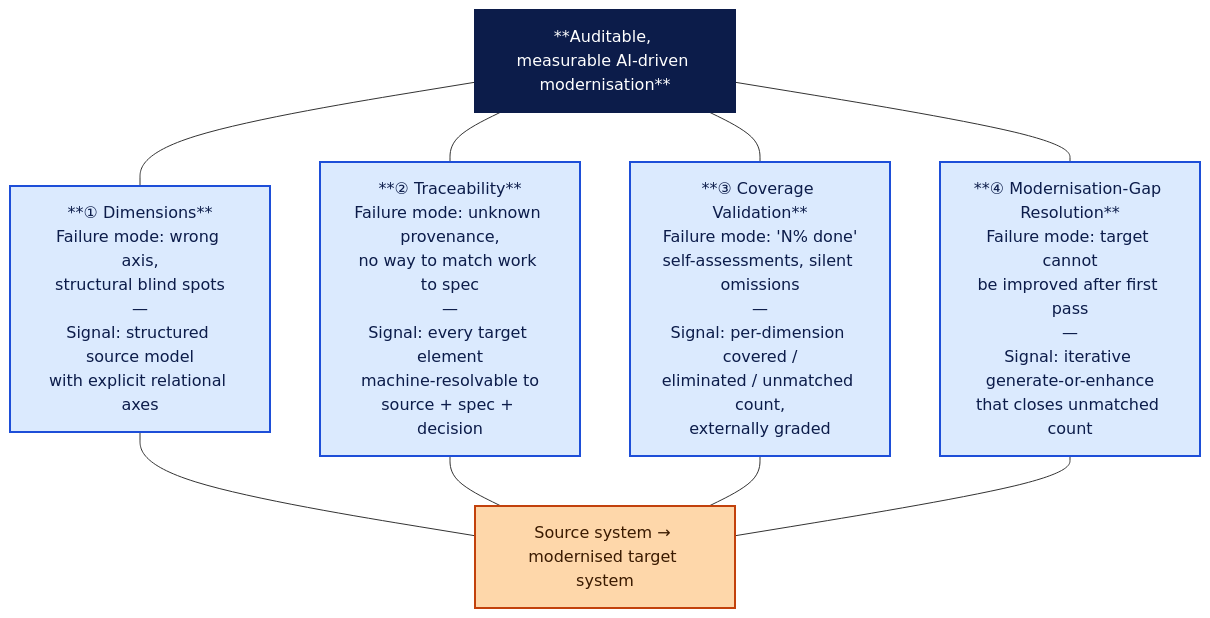
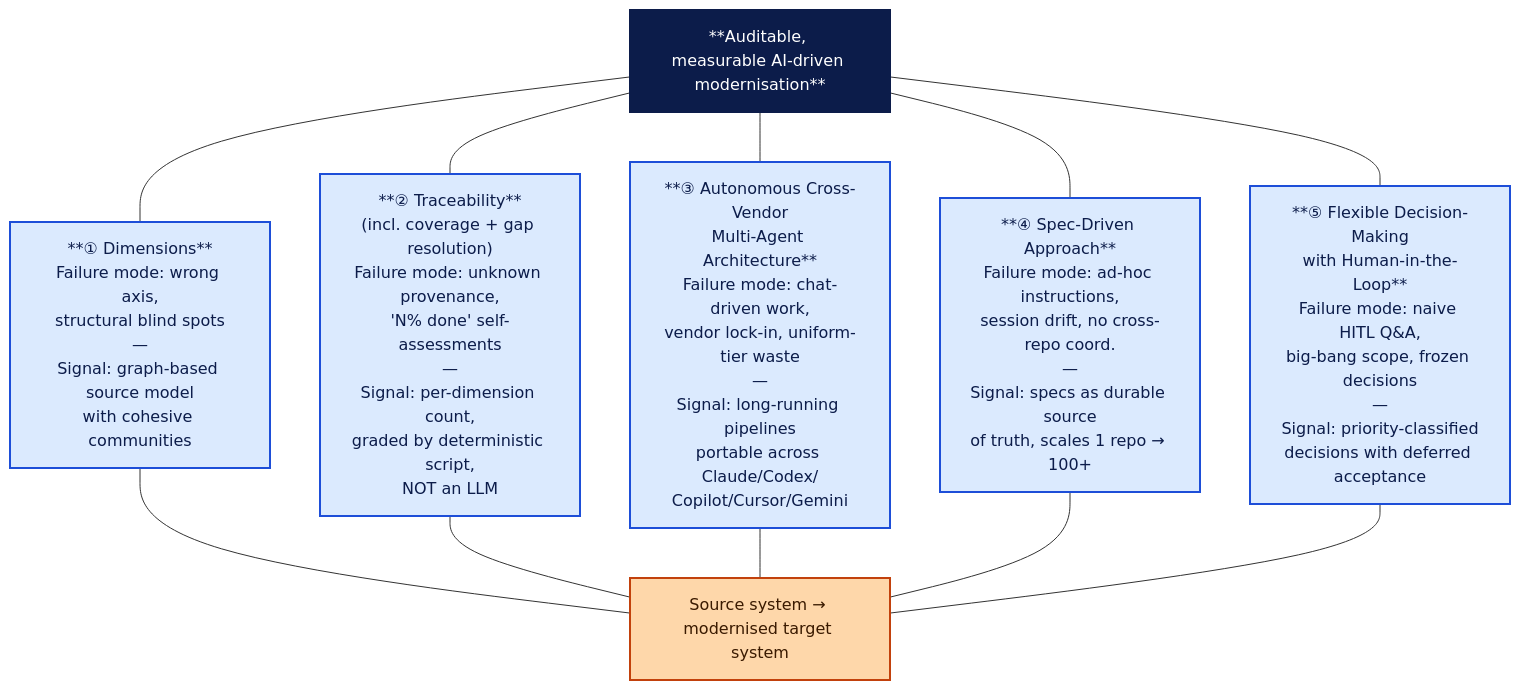
Before and after one commit to rd162/OSS_Migration: the first of 5 diagrams in docs/article/image-prompts.md, drawn with Mermaid. The commit also changed other lines of this file and 2 other files, not shown here.

Commit message:
Adopt five-pillar AI modernization architecture

````diff
--- a/docs/article/image-prompts.md
+++ b/docs/article/image-prompts.md
@@ -115,23 +115,26 @@
 ```mermaid
 flowchart TB
     Top["**Auditable, measurable AI-driven modernisation**"]:::cap
     Top --- P1
     Top --- P2
     Top --- P3
     Top --- P4
+    Top --- P5
 
-    P1["**① Dimensions**<br/>Failure mode: wrong axis,<br/>structural blind spots<br/>—<br/>Signal: structured source model<br/>with explicit relational axes"]:::pillar
-    P2["**② Traceability**<br/>Failure mode: unknown provenance,<br/>no way to match work to spec<br/>—<br/>Signal: every target element<br/>machine-resolvable to<br/>source + spec + decision"]:::pillar
-    P3["**③ Coverage Validation**<br/>Failure mode: 'N% done'<br/>self-assessments, silent omissions<br/>—<br/>Signal: per-dimension covered /<br/>eliminated / unmatched count,<br/>externally graded"]:::pillar
-    P4["**④ Modernisation-Gap Resolution**<br/>Failure mode: target cannot<br/>be improved after first pass<br/>—<br/>Signal: iterative generate-or-enhance<br/>that closes unmatched count"]:::pillar
+    P1["**① Dimensions**<br/>Failure mode: wrong axis,<br/>structural blind spots<br/>—<br/>Signal: graph-based source model<br/>with cohesive communities"]:::pillar
+    P2["**② Traceability**<br/>(incl. coverage + gap resolution)<br/>Failure mode: unknown provenance,<br/>'N% done' self-assessments<br/>—<br/>Signal: per-dimension count,<br/>graded by deterministic script,<br/>NOT an LLM"]:::pillar
+    P3["**③ Autonomous Cross-Vendor<br/>Multi-Agent Architecture**<br/>Failure mode: chat-driven work,<br/>vendor lock-in, uniform-tier waste<br/>—<br/>Signal: long-running pipelines<br/>portable across Claude/Codex/<br/>Copilot/Cursor/Gemini"]:::pillar
+    P4["**④ Spec-Driven Approach**<br/>Failure mode: ad-hoc instructions,<br/>session drift, no cross-repo coord.<br/>—<br/>Signal: specs as durable source<br/>of truth, scales 1 repo → 100+"]:::pillar
+    P5["**⑤ Flexible Decision-Making<br/>with Human-in-the-Loop**<br/>Failure mode: naive HITL Q&A,<br/>big-bang scope, frozen decisions<br/>—<br/>Signal: priority-classified<br/>decisions with deferred acceptance"]:::pillar
 
     Base["Source system → modernised target system"]:::base
     P1 --- Base
     P2 --- Base
     P3 --- Base
     P4 --- Base
+    P5 --- Base
 
     classDef cap fill:#0c1c4a,color:#ffffff,stroke:#0c1c4a,stroke-width:2px;
     classDef pillar fill:#dbeafe,stroke:#1d4ed8,stroke-width:2px,color:#0c1c4a;
     classDef base fill:#fed7aa,stroke:#c2410c,stroke-width:2px,color:#3a1a00;
 ```
````
